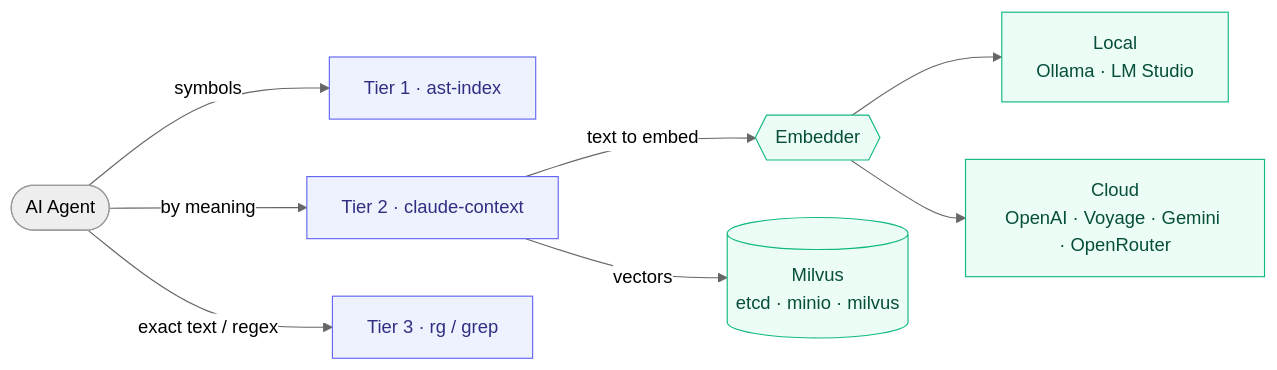
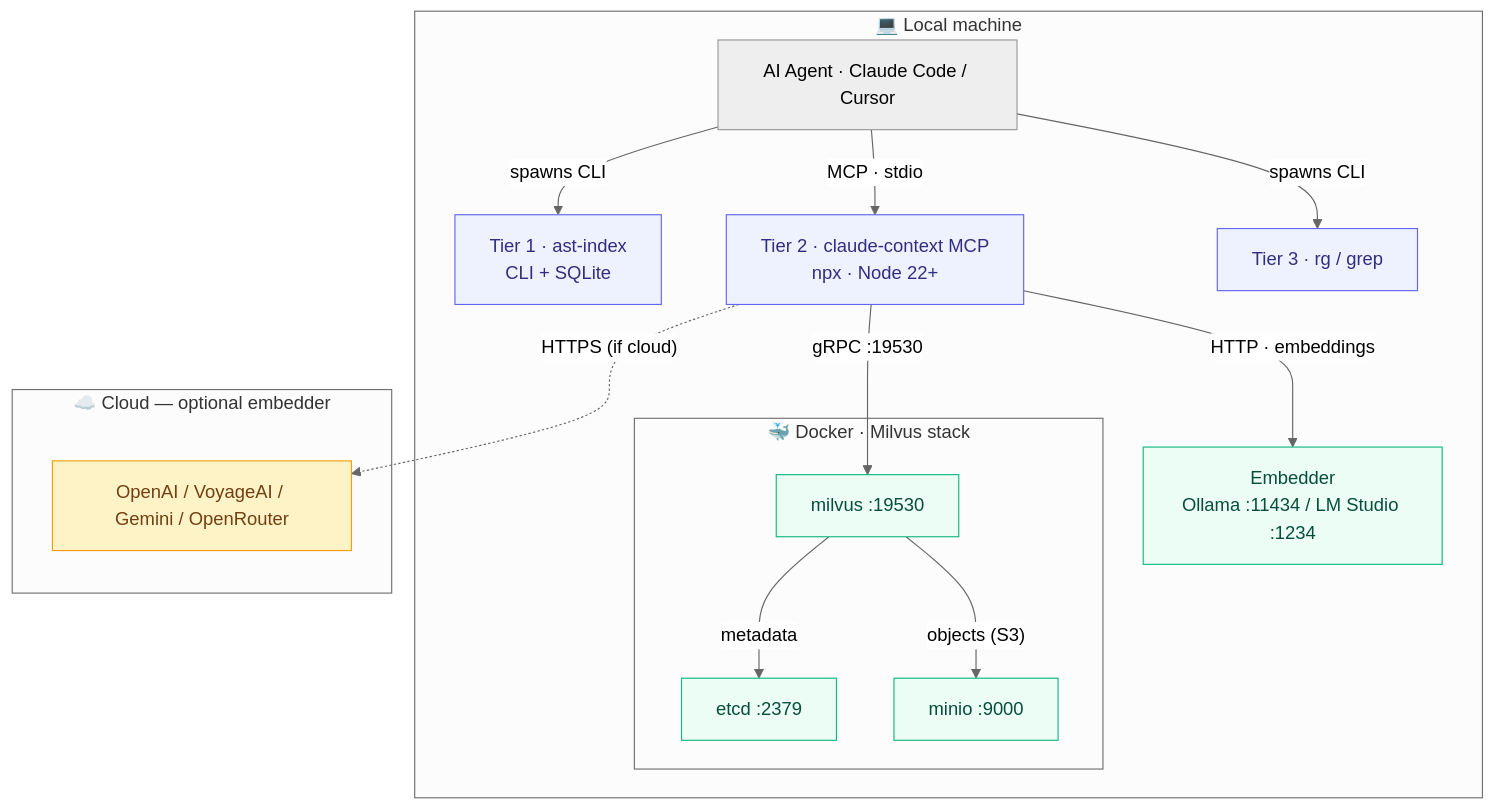
One commit to zhimbura/ultimate-ai-local-search changed the first of 2 diagrams in README.md. Above: the diagram before and after it, drawn with Mermaid (neutral theme).

Commit message:
docs: detailed deployment diagram (Local machine / Docker / Cloud boundaries, ports & protocols)

````diff
--- a/README.md
+++ b/README.md
@@ -110,15 +110,32 @@
 ```mermaid
-flowchart LR
-    A(["AI Agent"])
-    A -->|symbols| T1["Tier 1 · ast-index"]
-    A -->|by meaning| T2["Tier 2 · claude-context"]
-    A -->|exact text / regex| T3["Tier 3 · rg / grep"]
-    T2 -->|text to embed| E{{Embedder}}
-    T2 -->|vectors| M[("Milvus<br/>etcd · minio · milvus")]
-    E --> L["Local<br/>Ollama · LM Studio"]
-    E --> C["Cloud<br/>OpenAI · Voyage · Gemini · OpenRouter"]
+flowchart TB
+    subgraph LOCAL["💻 Local machine"]
+        AGENT["AI Agent · Claude Code / Cursor"]
+        AST["Tier 1 · ast-index<br/>CLI + SQLite"]
+        CC["Tier 2 · claude-context MCP<br/>npx · Node 22+"]
+        GREP["Tier 3 · rg / grep"]
+        EMB["Embedder<br/>Ollama :11434 / LM Studio :1234"]
+        subgraph DOCKER["🐳 Docker · Milvus stack"]
+            MILVUS["milvus :19530"]
+            ETCD["etcd :2379"]
+            MINIO["minio :9000"]
+        end
+    end
+    subgraph CLOUD["☁️ Cloud — optional embedder"]
+        API["OpenAI / VoyageAI / Gemini / OpenRouter"]
+    end
+    AGENT -->|"MCP · stdio"| CC
+    AGENT -->|spawns CLI| AST
+    AGENT -->|spawns CLI| GREP
+    CC -->|"HTTP · embeddings"| EMB
+    CC -. "HTTPS (if cloud)" .-> API
+    CC -->|"gRPC :19530"| MILVUS
+    MILVUS -->|metadata| ETCD
+    MILVUS -->|"objects (S3)"| MINIO
     classDef tier fill:#eef2ff,stroke:#6366f1,color:#312e81;
     classDef infra fill:#ecfdf5,stroke:#10b981,color:#064e3b;
-    class T1,T2,T3 tier
-    class E,M,L,C infra
+    classDef cloud fill:#fef3c7,stroke:#f59e0b,color:#713f12;
+    class AST,CC,GREP tier
+    class EMB,MILVUS,ETCD,MINIO infra
+    class API cloud
 ```
````
